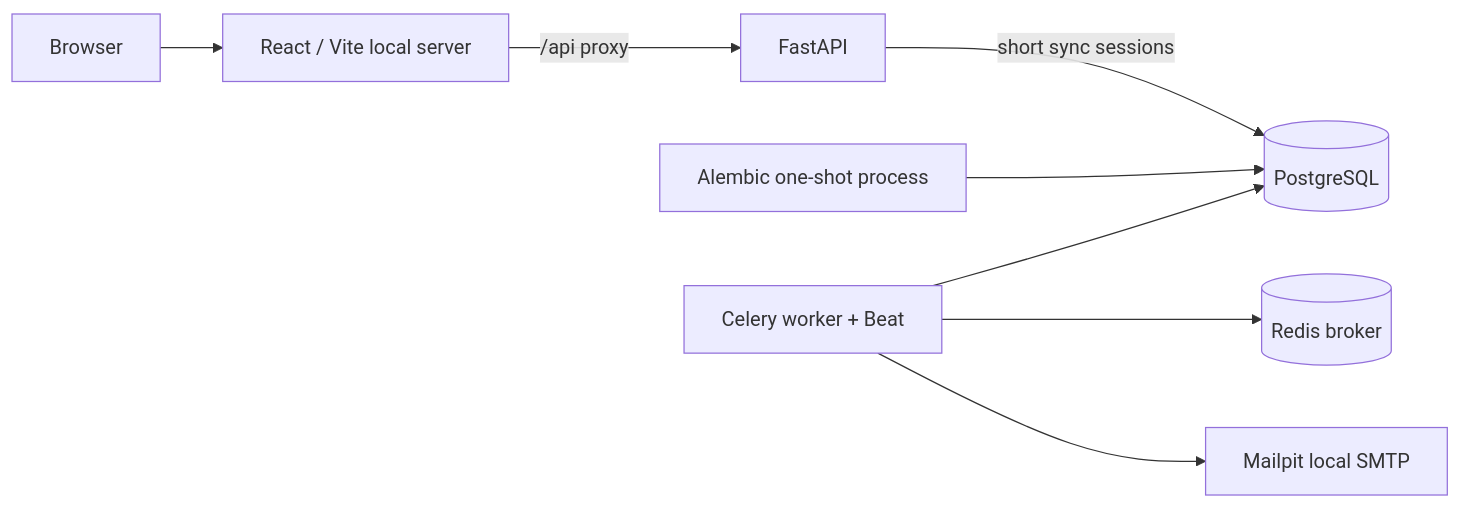
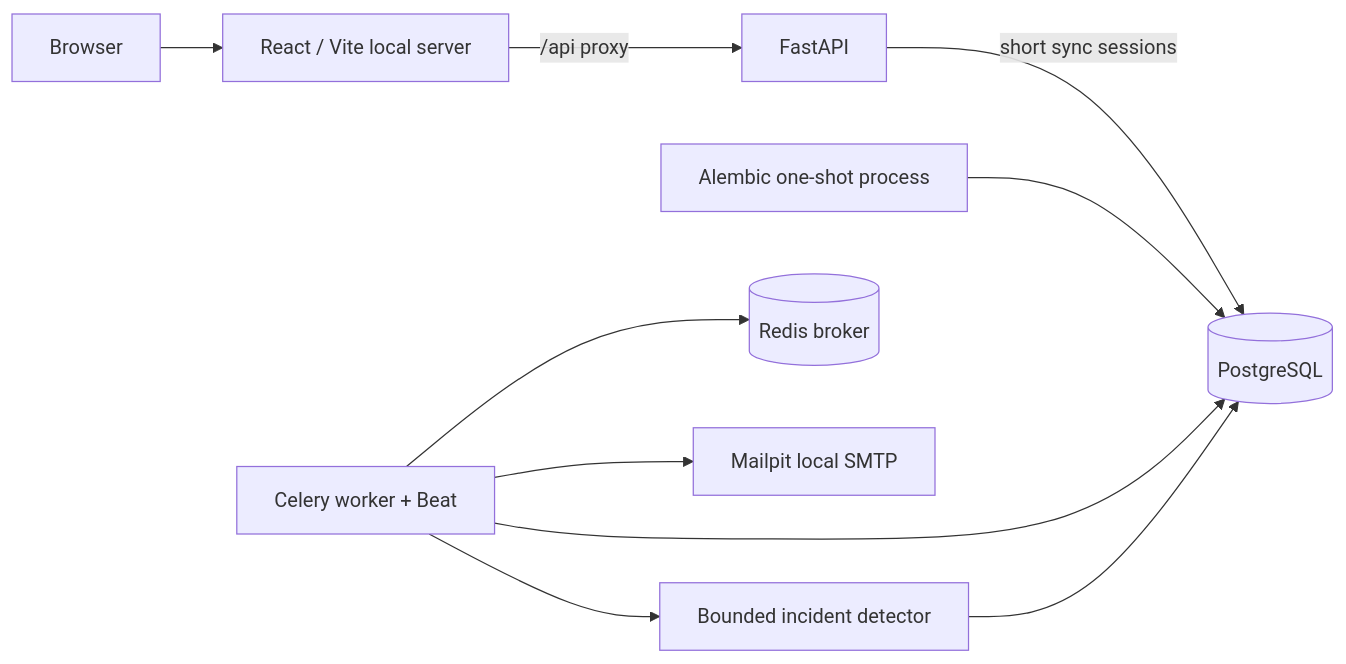
Before and after one commit to ree1o/SupportFlowAI: the first of 2 diagrams in docs/architecture.md, drawn with Mermaid. The commit also changed other lines of this file and 28 other files, not shown here.

Commit message:
feat(incidents): add deterministic Incident Radar and review workflow

````diff
--- a/docs/architecture.md
+++ b/docs/architecture.md
@@ -45,10 +47,12 @@
 ```mermaid
 flowchart LR
     Browser[Browser] --> Frontend[React / Vite local server]
     Frontend -->|/api proxy| API[FastAPI]
     API -->|short sync sessions| DB[(PostgreSQL)]
     Migration[Alembic one-shot process] --> DB
     Worker[Celery worker + Beat] --> DB
     Worker --> Redis[(Redis broker)]
     Worker --> SMTP[Mailpit local SMTP]
+    Worker --> Radar[Bounded incident detector]
+    Radar --> DB
 ```
````
